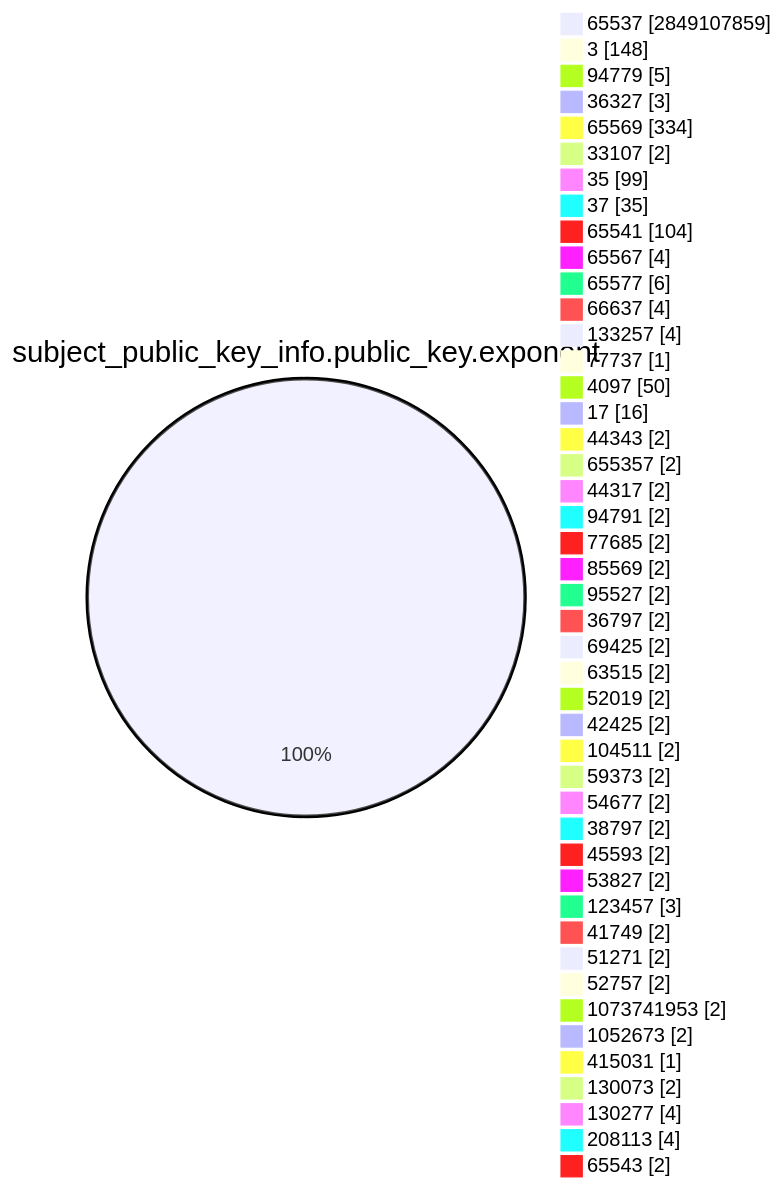
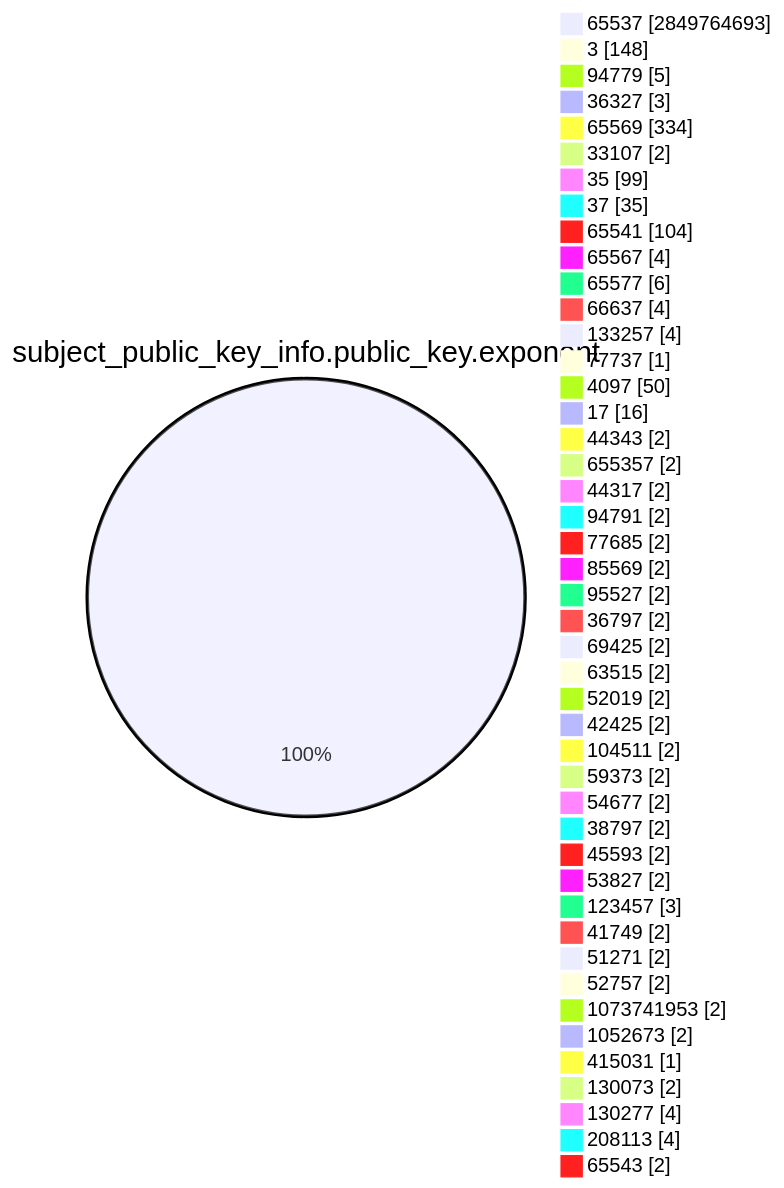
The fourth of 15 diagrams in TOTAL/README.md (christiankrug/ctmonitor_visualization), drawn with Mermaid before and after one commit. The commit also changed other lines of this file, not shown here.

````diff
--- a/TOTAL/README.md
+++ b/TOTAL/README.md
@@ -1468,49 +1468,49 @@
 ```mermaid
 pie showData
 title subject_public_key_info.public_key.exponent
-"65537" :2849107859
+"65537" :2849764693
 "3" :148
 "94779" :5
 "36327" :3
 "65569" :334
 "33107" :2
 "35" :99
 "37" :35
 "65541" :104
 "65567" :4
 "65577" :6
 "66637" :4
 "133257" :4
 "77737" :1
 "4097" :50
 "17" :16
 "44343" :2
 "655357" :2
 "44317" :2
 "94791" :2
 "77685" :2
 "85569" :2
 "95527" :2
 "36797" :2
 "69425" :2
 "63515" :2
 "52019" :2
 "42425" :2
 "104511" :2
 "59373" :2
 "54677" :2
 "38797" :2
 "45593" :2
 "53827" :2
 "123457" :3
 "41749" :2
 "51271" :2
 "52757" :2
 "1073741953" :2
 "1052673" :2
 "415031" :1
 "130073" :2
 "130277" :4
 "208113" :4
 "65543" :2
 ```
````
